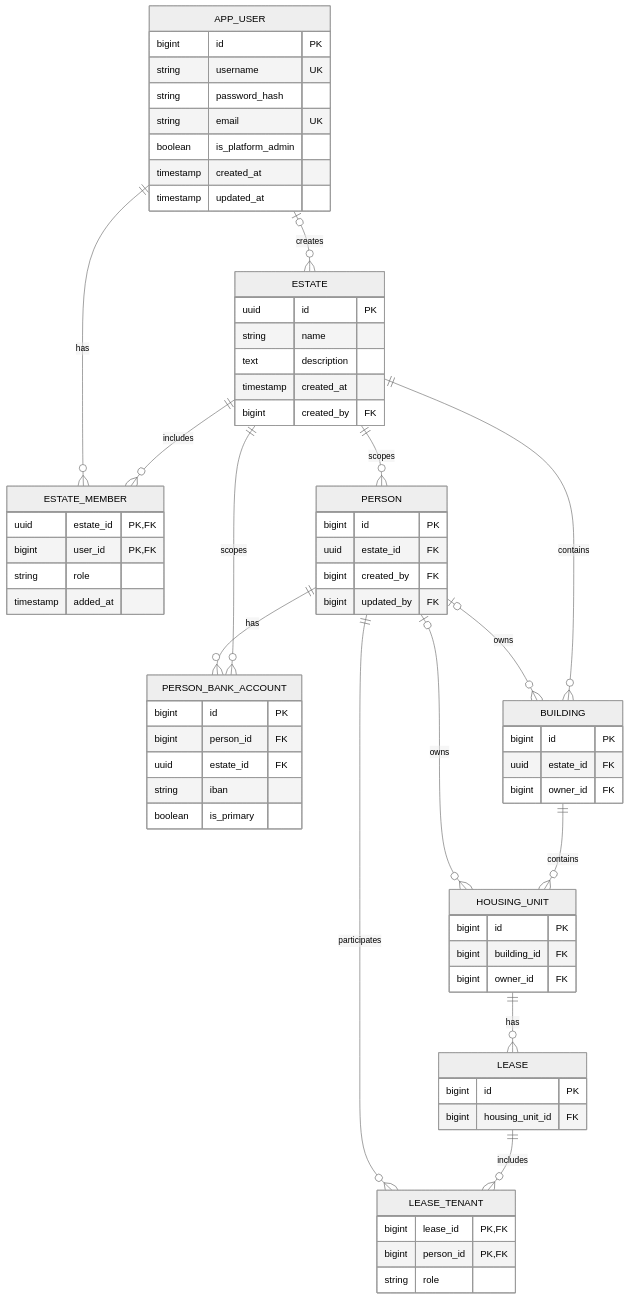
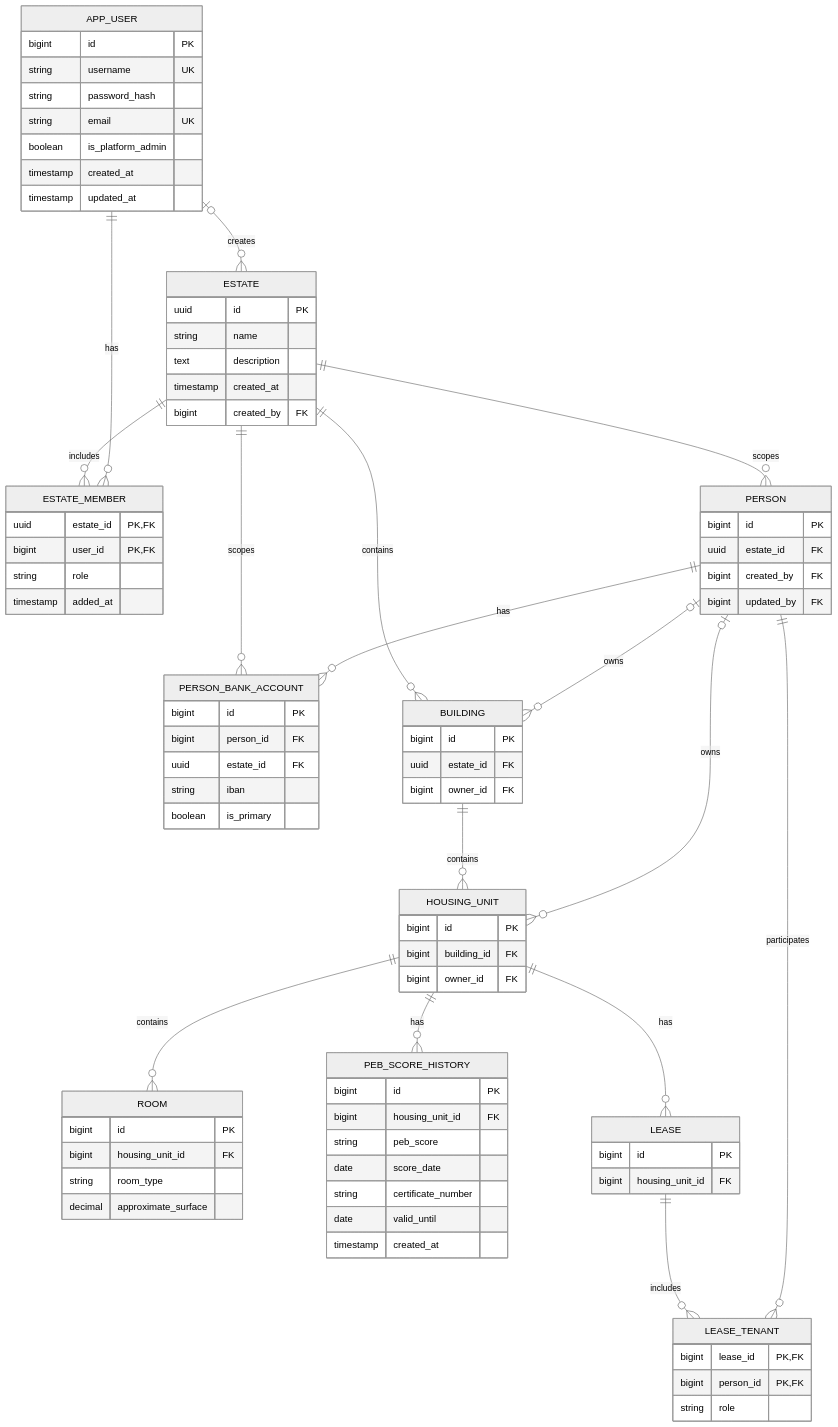
One commit to jtbgroup/immocare changed the diagram in documentation/technical/cross-cutting/data-model.md. Above: the diagram before and after it, drawn with Mermaid (neutral theme). The commit also changed other lines of this file and 39 other files, not shown here.

```diff
--- a/documentation/technical/cross-cutting/data-model.md
+++ b/documentation/technical/cross-cutting/data-model.md
@@ -59,6 +59,21 @@
         bigint building_id FK
         bigint owner_id FK
     }
+    ROOM {
+        bigint id PK
+        bigint housing_unit_id FK
+        string room_type
+        decimal approximate_surface
+    }
+    PEB_SCORE_HISTORY {
+        bigint id PK
+        bigint housing_unit_id FK
+        string peb_score
+        date score_date
+        string certificate_number
+        date valid_until
+        timestamp created_at
+    }
     LEASE {
         bigint id PK
         bigint housing_unit_id FK
@@ -78,6 +93,8 @@
     PERSON o|--o{ HOUSING_UNIT : owns
     ESTATE ||--o{ BUILDING : contains
     BUILDING ||--o{ HOUSING_UNIT : contains
+    HOUSING_UNIT ||--o{ ROOM : contains
+    HOUSING_UNIT ||--o{ PEB_SCORE_HISTORY : has
     HOUSING_UNIT ||--o{ LEASE : has
     PERSON ||--o{ LEASE_TENANT : participates
     LEASE ||--o{ LEASE_TENANT : includes
```
